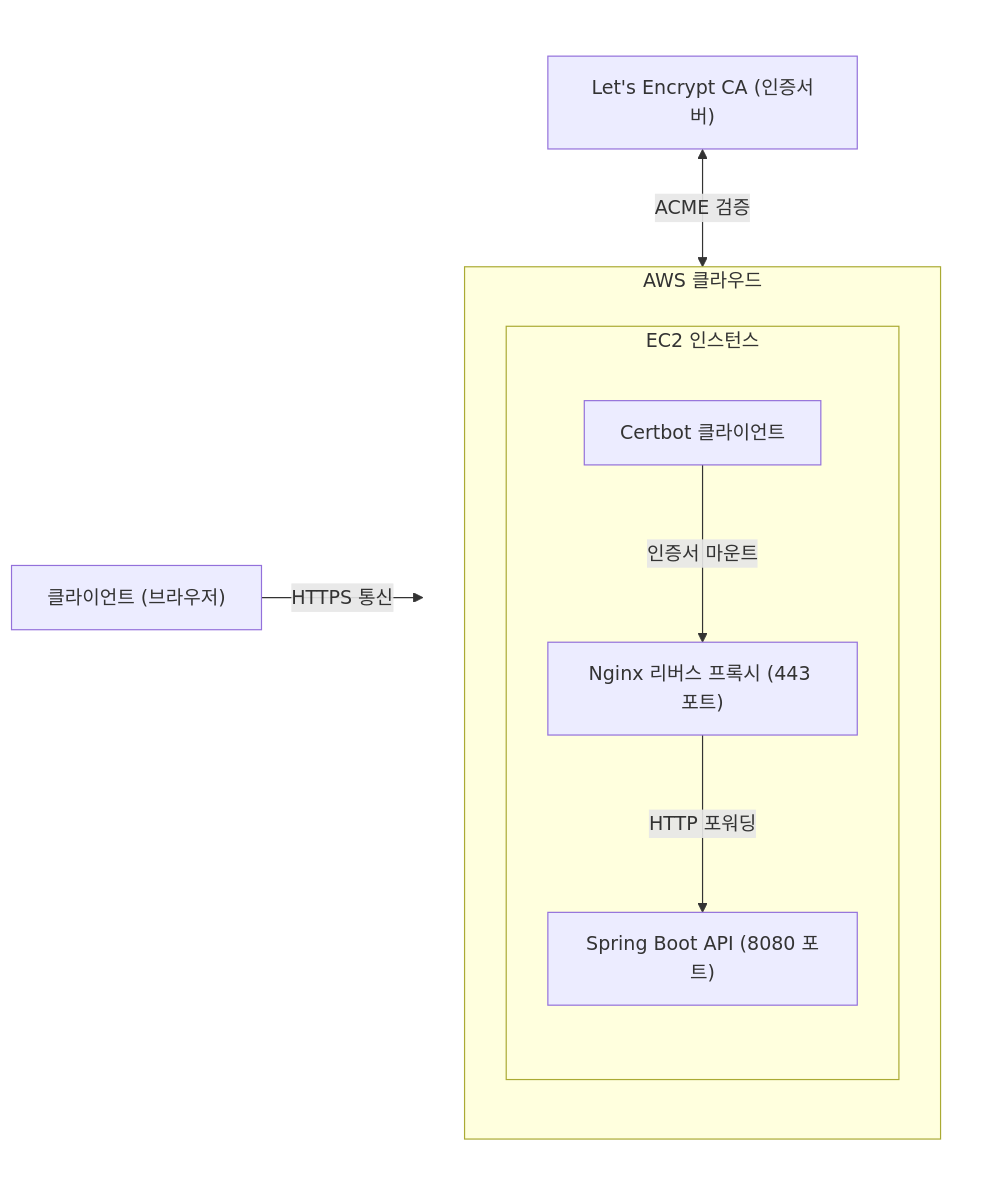
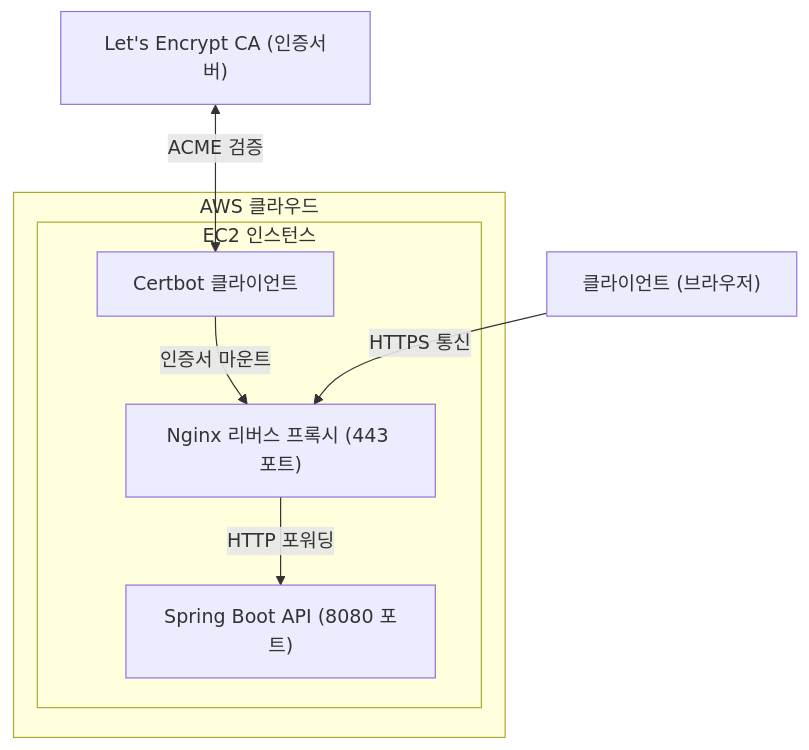
The first of 4 diagrams in guide/04.challenge.md (likelion-backend-25th/22-project-sns), drawn with Mermaid before and after one commit. The commit also changed other lines of this file, not shown here.

````diff
--- a/guide/04.challenge.md
+++ b/guide/04.challenge.md
@@ -229,27 +229,18 @@
 ```mermaid
-flowchart LR
-    Client["클라이언트 (브라우저)"]
+flowchart TD
+    CA["Let's Encrypt CA (인증서버)"]
 
-    subgraph ServerSide[" "]
-        direction TB
-        CA["Let's Encrypt CA (인증서버)"]
+    subgraph AWS["AWS 클라우드"]
+        subgraph EC2["EC2 인스턴스"]
+            Certbot["Certbot 클라이언트"]
+            Nginx["Nginx 리버스 프록시 (443 포트)"]
+            SpringBoot["Spring Boot API (8080 포트)"]
 
-        subgraph AWS["AWS 클라우드"]
-            direction TB
-            subgraph EC2["EC2 인스턴스"]
-                direction TB
-                Certbot["Certbot 클라이언트"]
-                Nginx["Nginx 리버스 프록시 (443 포트)"]
-                SpringBoot["Spring Boot API (8080 포트)"]
-
-                Certbot -->|"인증서 마운트"| Nginx
-                Nginx -->|"HTTP 포워딩"| SpringBoot
-            end
+            Certbot -->|"인증서 마운트"| Nginx
+            Nginx -->|"HTTP 포워딩"| SpringBoot
         end
     end
 
-    Client -->|"HTTPS 통신"| Nginx
+    Client["클라이언트 (브라우저)"] -->|"HTTPS 통신"| Nginx
     CA <-->|"ACME 검증"| Certbot
-
-    style ServerSide fill:none,stroke:none
 ```
````
